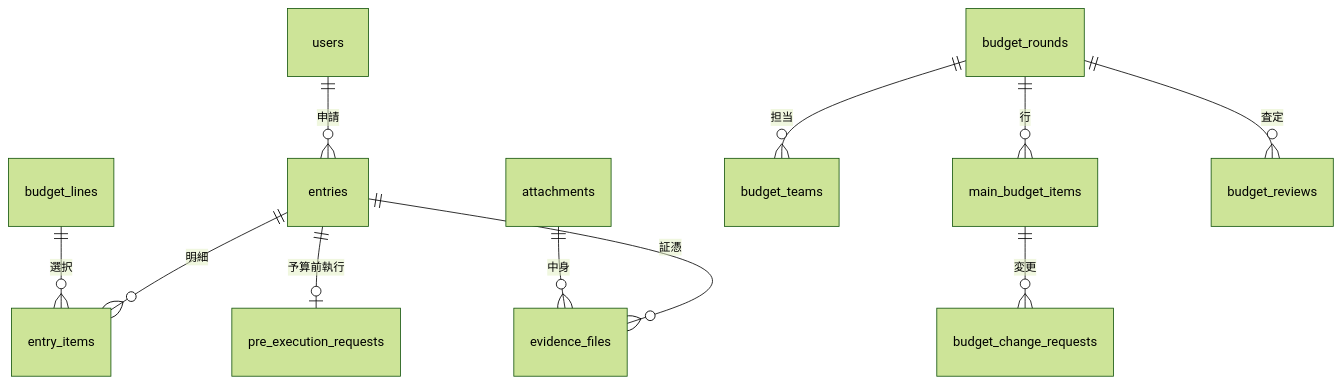
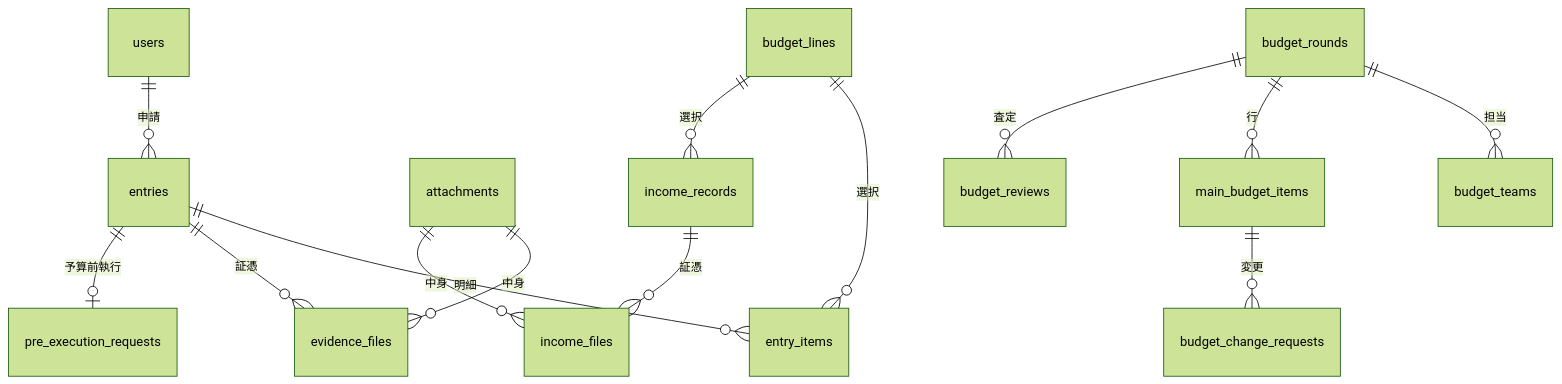
Diagram 12 of 18 in docs/仕様書.md (Kota-Ohira17/expenditure), drawn with Mermaid (forest theme) before and after one commit. The commit also changed other lines of this file and 24 other files, not shown here.

````diff
--- a/docs/仕様書.md
+++ b/docs/仕様書.md
@@ -1111,13 +1111,16 @@
 ```mermaid
 erDiagram
     users ||--o{ entries : "申請"
     entries ||--o{ entry_items : "明細"
     budget_lines ||--o{ entry_items : "選択"
     entries ||--o{ evidence_files : "証憑"
     attachments ||--o{ evidence_files : "中身"
+    budget_lines ||--o{ income_records : "選択"
+    income_records ||--o{ income_files : "証憑"
+    attachments ||--o{ income_files : "中身"
     budget_rounds ||--o{ budget_teams : "担当"
     budget_rounds ||--o{ main_budget_items : "行"
     budget_rounds ||--o{ budget_reviews : "査定"
     main_budget_items ||--o{ budget_change_requests : "変更"
     entries ||--o| pre_execution_requests : "予算前執行"
 ```
````
